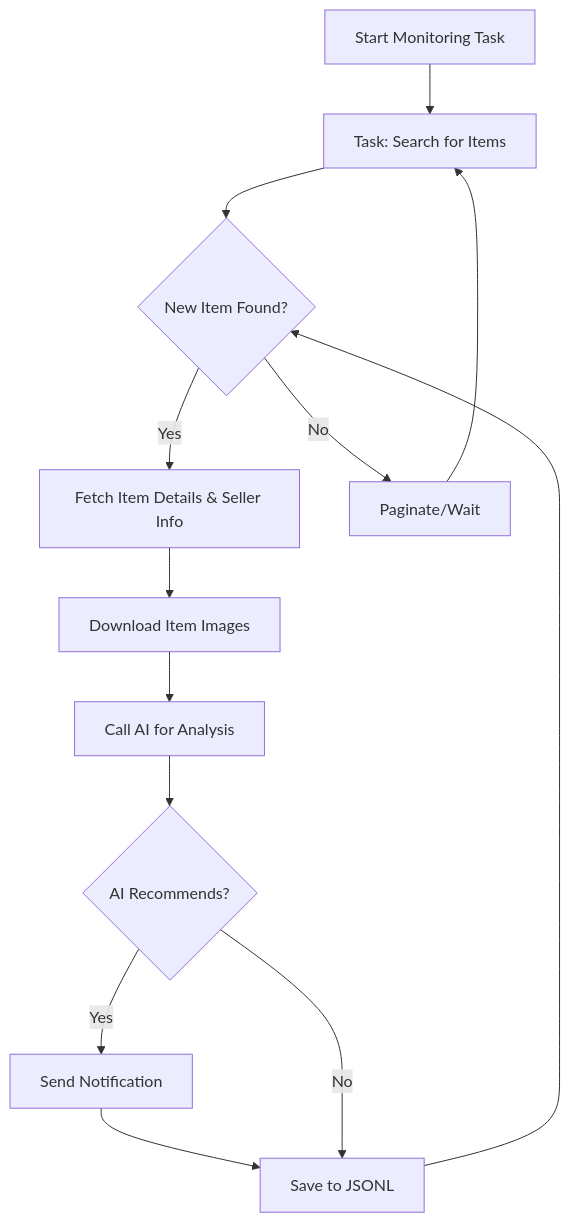
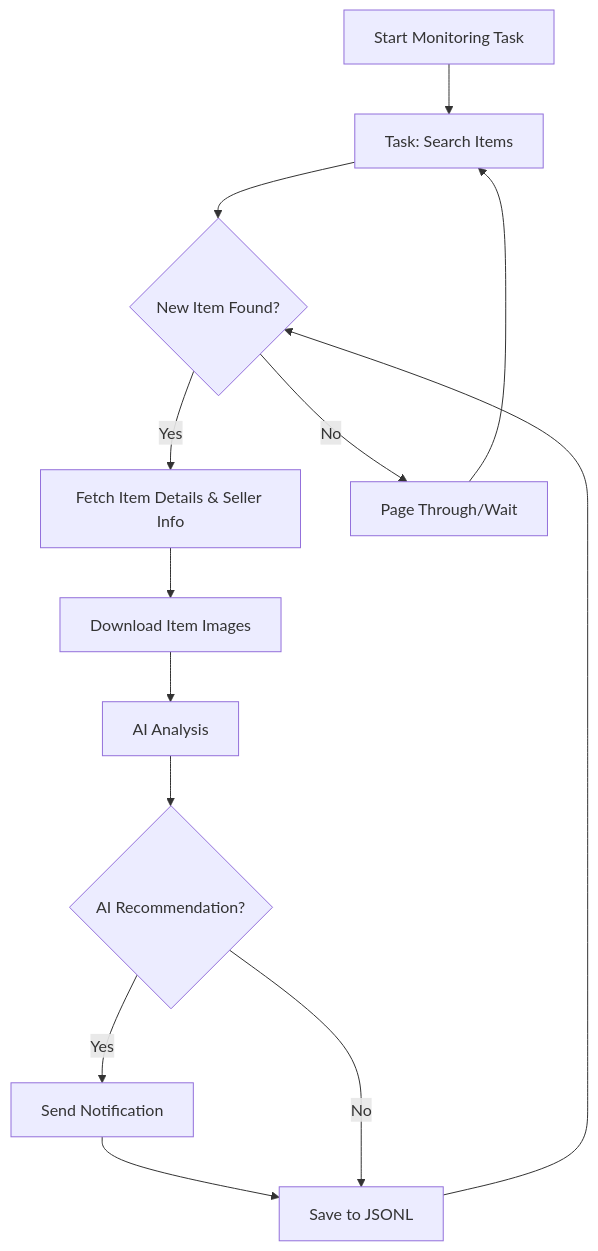
The diagram in docs/dingyufei615-ai-goofish-monitor.md (saurav-z/repo-docs), drawn with Mermaid before and after one commit. The commit also changed other lines of this file and 206 other files, not shown here.

````diff
--- a/docs/dingyufei615-ai-goofish-monitor.md
+++ b/docs/dingyufei615-ai-goofish-monitor.md
@@ -152,15 +22,15 @@
 ```mermaid
 graph TD
-    A[Start Monitoring Task] --> B[Task: Search for Items];
+    A[Start Monitoring Task] --> B[Task: Search Items];
     B --> C{New Item Found?};
     C -- Yes --> D[Fetch Item Details & Seller Info];
     D --> E[Download Item Images];
-    E --> F[Call AI for Analysis];
-    F --> G{AI Recommends?};
+    E --> F[AI Analysis];
+    F --> G{AI Recommendation?};
     G -- Yes --> H[Send Notification];
     H --> I[Save to JSONL];
     G -- No --> I;
-    C -- No --> J[Paginate/Wait];
+    C -- No --> J[Page Through/Wait];
     J --> B;
     I --> C;
 ```
````
